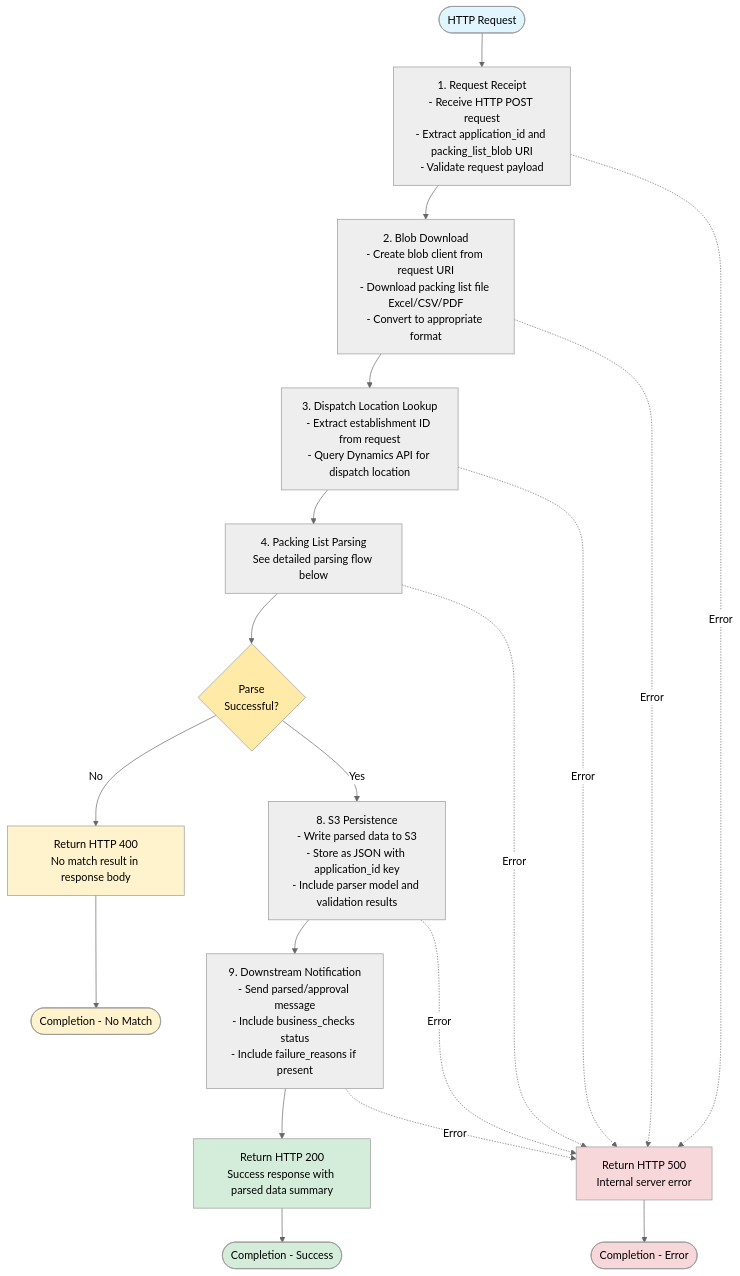
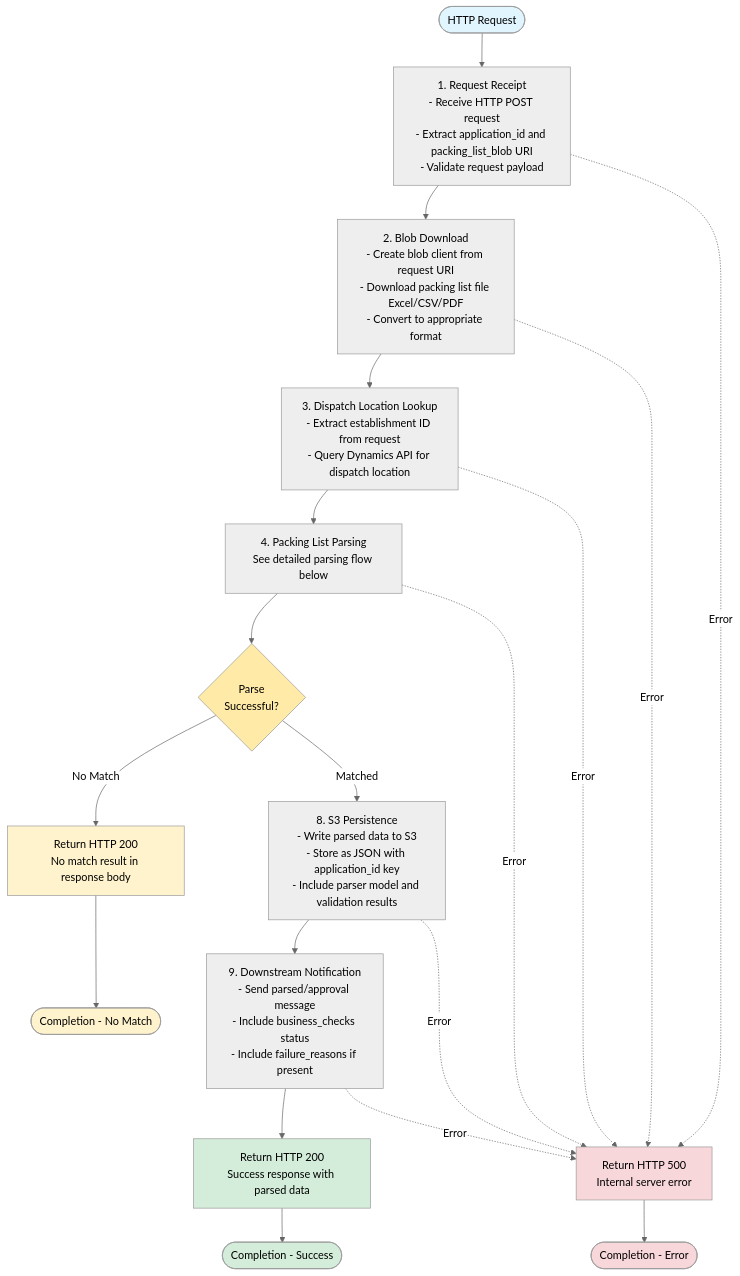
Before and after one commit to DEFRA/trade-exports-packinglistparser: the first of 2 diagrams in docs/flow/to-be-cdp-packing-list-processing-flow.md, drawn with Mermaid (neutral theme). The commit also changed other lines of this file and 13 other files, not shown here.

````diff
--- a/docs/flow/to-be-cdp-packing-list-processing-flow.md
+++ b/docs/flow/to-be-cdp-packing-list-processing-flow.md
@@ -9,40 +9,40 @@
 ```mermaid
 flowchart TD
     Start([HTTP Request]) --> Step1[1. Request Receipt<br/>- Receive HTTP POST request<br/>- Extract application_id and packing_list_blob URI<br/>- Validate request payload]
 
     Step1 --> Step2[2. Blob Download<br/>- Create blob client from request URI<br/>- Download packing list file Excel/CSV/PDF<br/>- Convert to appropriate format]
 
     Step2 --> Step3[3. Dispatch Location Lookup<br/>- Extract establishment ID from request<br/>- Query Dynamics API for dispatch location]
 
     Step3 --> Step4[4. Packing List Parsing<br/>See detailed parsing flow below]
 
     Step4 --> CheckMatch{Parse<br/>Successful?}
 
-    CheckMatch -->|No| Return400[Return HTTP 400<br/>No match result in response body]
+    CheckMatch -->|No Match| Return200NoMatch[Return HTTP 200<br/>No match result in response body]
 
-    CheckMatch -->|Yes| Step8[8. S3 Persistence<br/>- Write parsed data to S3<br/>- Store as JSON with application_id key<br/>- Include parser model and validation results]
+    CheckMatch -->|Matched| Step8[8. S3 Persistence<br/>- Write parsed data to S3<br/>- Store as JSON with application_id key<br/>- Include parser model and validation results]
 
     Step8 --> Step9[9. Downstream Notification<br/>- Send parsed/approval message<br/>- Include business_checks status<br/>- Include failure_reasons if present]
 
-    Step9 --> Return200[Return HTTP 200<br/>Success response with parsed data summary]
+    Step9 --> Return200[Return HTTP 200<br/>Success response with parsed data]
 
     Step1 -.->|Error| Return500[Return HTTP 500<br/>Internal server error]
     Step2 -.->|Error| Return500
     Step3 -.->|Error| Return500
     Step4 -.->|Error| Return500
     Step8 -.->|Error| Return500
     Step9 -.->|Error| Return500
 
     Return200 --> Success([Completion - Success])
-    Return400 --> NoMatch([Completion - No Match])
+    Return200NoMatch --> NoMatch([Completion - No Match])
     Return500 --> Failed([Completion - Error])
 
     style Start fill:#e1f5ff
     style Success fill:#d4edda
     style NoMatch fill:#fff3cd
     style Failed fill:#f8d7da
     style CheckMatch fill:#ffeaa7
     style Return200 fill:#d4edda
-    style Return400 fill:#fff3cd
+    style Return200NoMatch fill:#fff3cd
     style Return500 fill:#f8d7da
 ```
````
